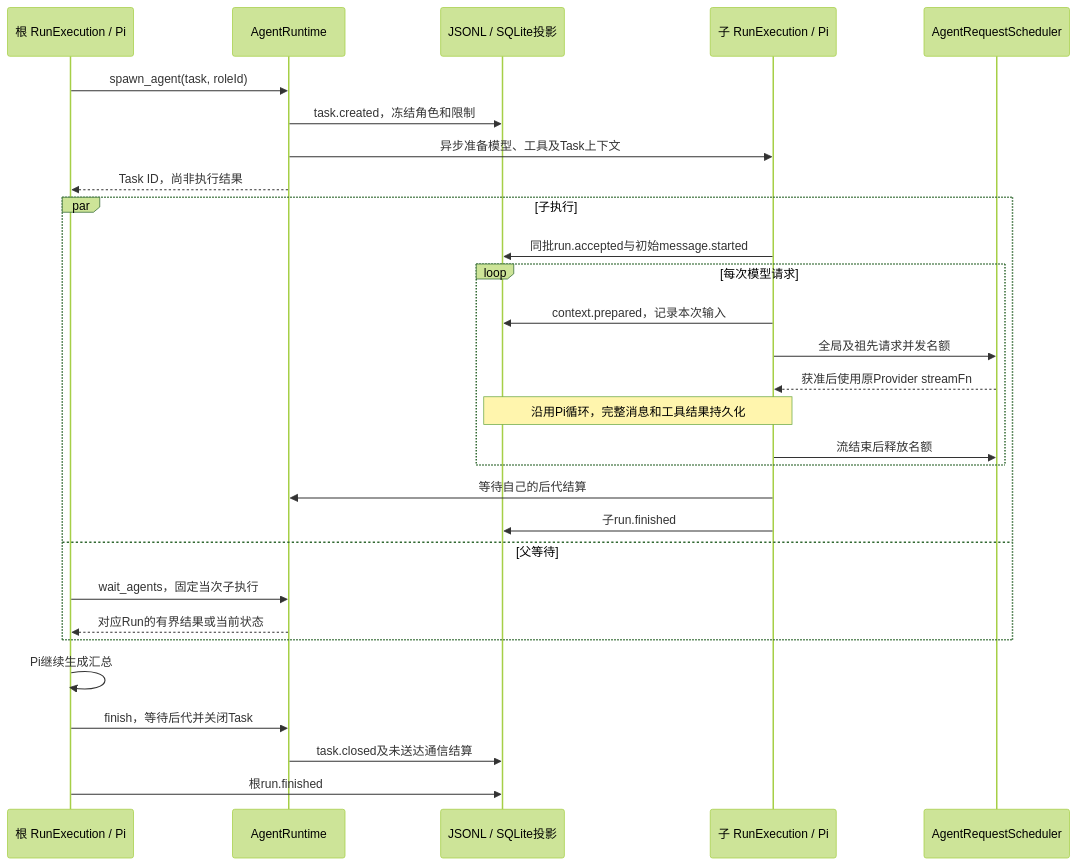
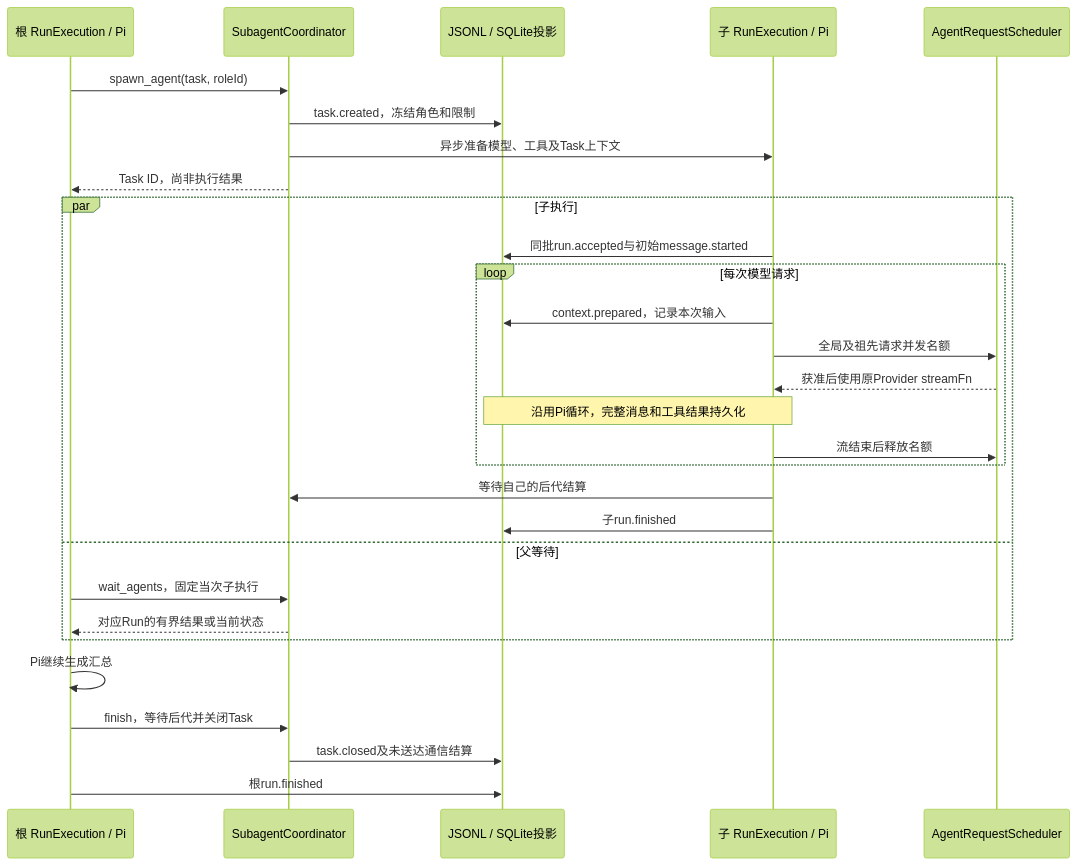
One commit to lxy980795277/my-pi-harness changed the diagram in docs/09_TECHNICAL/子Agent与任务看板设计.md. Above: the diagram before and after it, drawn with Mermaid (forest theme). The commit also changed other lines of this file and 69 other files, not shown here.

````diff
--- a/docs/09_TECHNICAL/子Agent与任务看板设计.md
+++ b/docs/09_TECHNICAL/子Agent与任务看板设计.md
@@ -34,31 +36,31 @@
 ```mermaid
 sequenceDiagram
     participant Parent as 根 RunExecution / Pi
-    participant Tasks as AgentRuntime
+    participant Tasks as SubagentCoordinator
     participant Store as JSONL / SQLite投影
     participant Child as 子 RunExecution / Pi
     participant Scheduler as AgentRequestScheduler
     Parent->>Tasks: spawn_agent(task, roleId)
     Tasks->>Store: task.created，冻结角色和限制
     Tasks->>Child: 异步准备模型、工具及Task上下文
     Tasks-->>Parent: Task ID，尚非执行结果
     par 子执行
         Child->>Store: 同批run.accepted与初始message.started
         loop 每次模型请求
             Child->>Store: context.prepared，记录本次输入
             Child->>Scheduler: 全局及祖先请求并发名额
             Scheduler-->>Child: 获准后使用原Provider streamFn
             Note over Child,Store: 沿用Pi循环，完整消息和工具结果持久化
             Child->>Scheduler: 流结束后释放名额
         end
         Child->>Tasks: 等待自己的后代结算
         Child->>Store: 子run.finished
     and 父等待
         Parent->>Tasks: wait_agents，固定当次子执行
         Tasks-->>Parent: 对应Run的有界结果或当前状态
     end
     Parent->>Parent: Pi继续生成汇总
     Parent->>Tasks: finish，等待后代并关闭Task
     Tasks->>Store: task.closed及未送达通信结算
     Parent->>Store: 根run.finished
 ```
````
